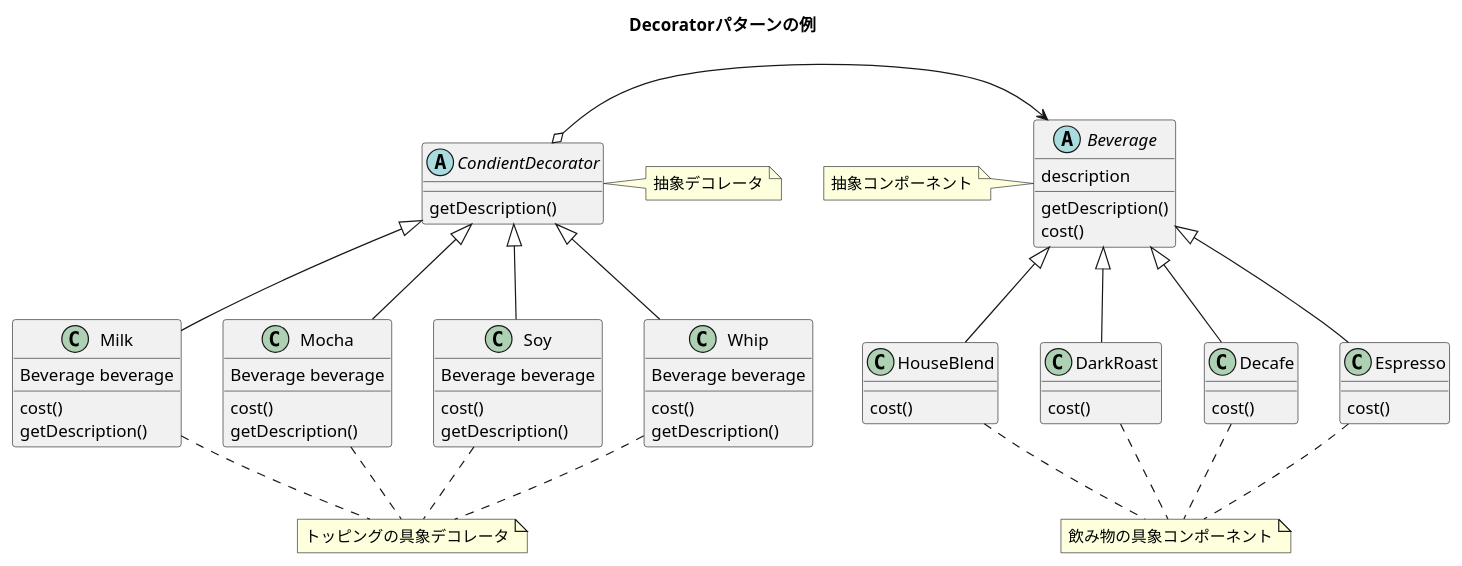
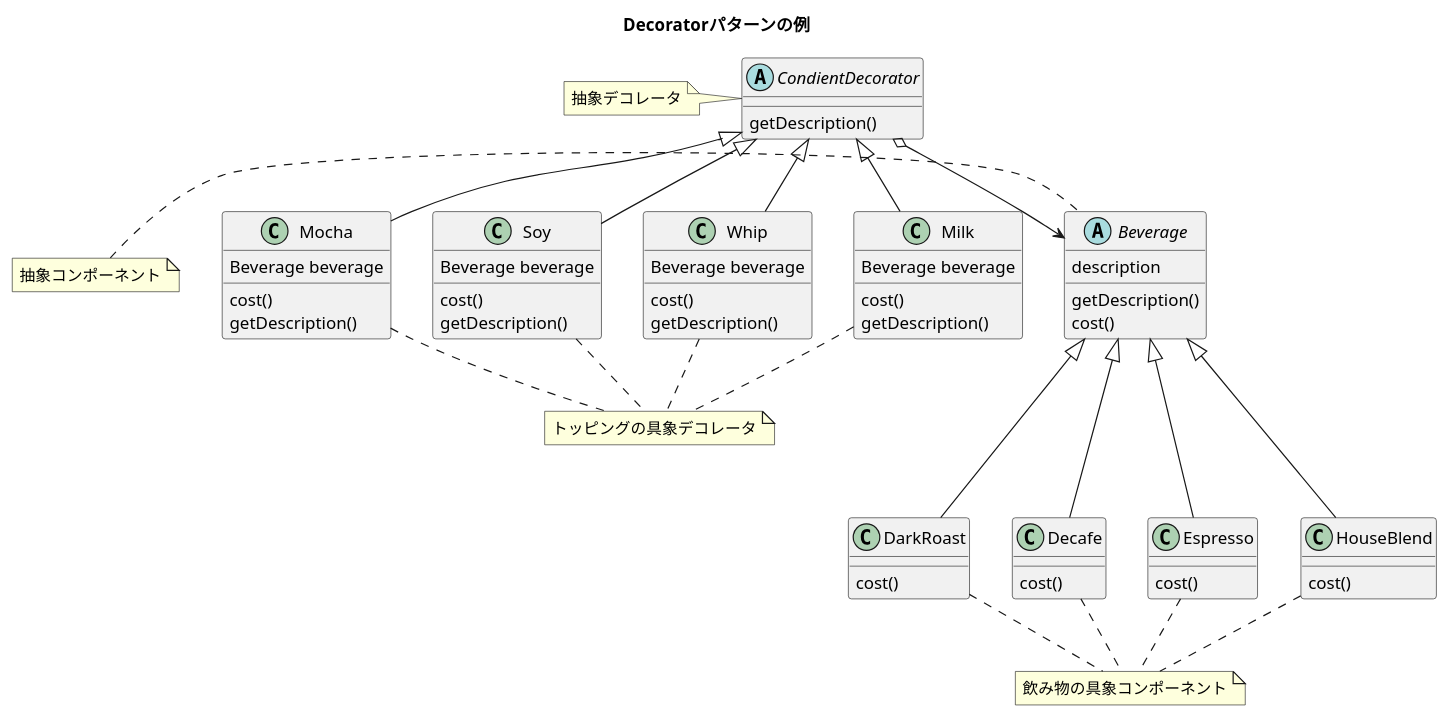
Before and after one commit to kyamashiro/head-first-design-pattern: the diagram in decorator/uml/decorator.puml, drawn with PlantUML. The commit also changed 2 other files, not shown here.

```diff
--- a/decorator/uml/decorator.puml
+++ b/decorator/uml/decorator.puml
@@ -1,92 +1,93 @@
 @startuml
 
 title Decoratorパターンの例
 
 abstract class Beverage {
     description
     getDescription()
     cost()
 }
 
 note left
  抽象コンポーネント
 end note
 
 abstract CondientDecorator {
     getDescription()
 }
 
-note right
- 抽象デコレータ
+note left
+抽象デコレータ
 end note
 
 class HouseBlend {
     cost()
 }
 
 class DarkRoast {
     cost()
 }
 
 class Decafe {
     cost()
 }
 
 class Espresso {
     cost()
 }
 
 note as Component
 飲み物の具象コンポーネント
 end note
 
 class Milk {
     Beverage beverage
     cost()
     getDescription()
 }
 
 class Mocha {
     Beverage beverage
     cost()
     getDescription()
 }
 
 class Soy {
     Beverage beverage
     cost()
     getDescription()
 }
 
 class Whip {
     Beverage beverage
     cost()
     getDescription()
 }
 
 note as Decorator
 トッピングの具象デコレータ
 end note
 
 HouseBlend.. Component
 DarkRoast .. Component
 Decafe .. Component
 Espresso .. Component
 
 Milk.. Decorator
 Mocha.. Decorator
 Whip.. Decorator
 Soy.. Decorator
 
-Beverage <-left-o CondientDecorator
+Beverage <-up-o CondientDecorator
+Beverage -[hidden]up-o CondientDecorator
 CondientDecorator <|-- Milk
 CondientDecorator <|-- Mocha
 CondientDecorator <|-- Whip
 CondientDecorator <|-- Soy
 
-Beverage <|-- HouseBlend
-Beverage <|-- DarkRoast
-Beverage <|-- Decafe
-Beverage <|-- Espresso
+Beverage <|--- HouseBlend
+Beverage <|--- DarkRoast
+Beverage <|--- Decafe
+Beverage <|--- Espresso
 
 @enduml
```
